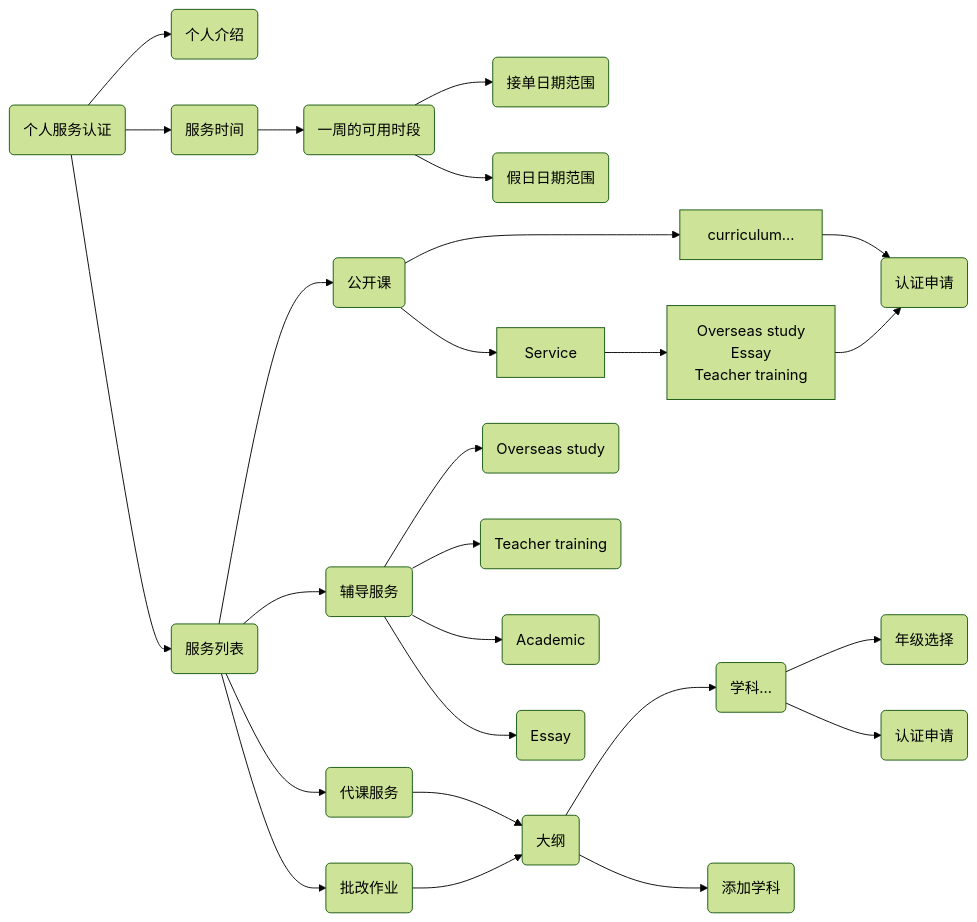
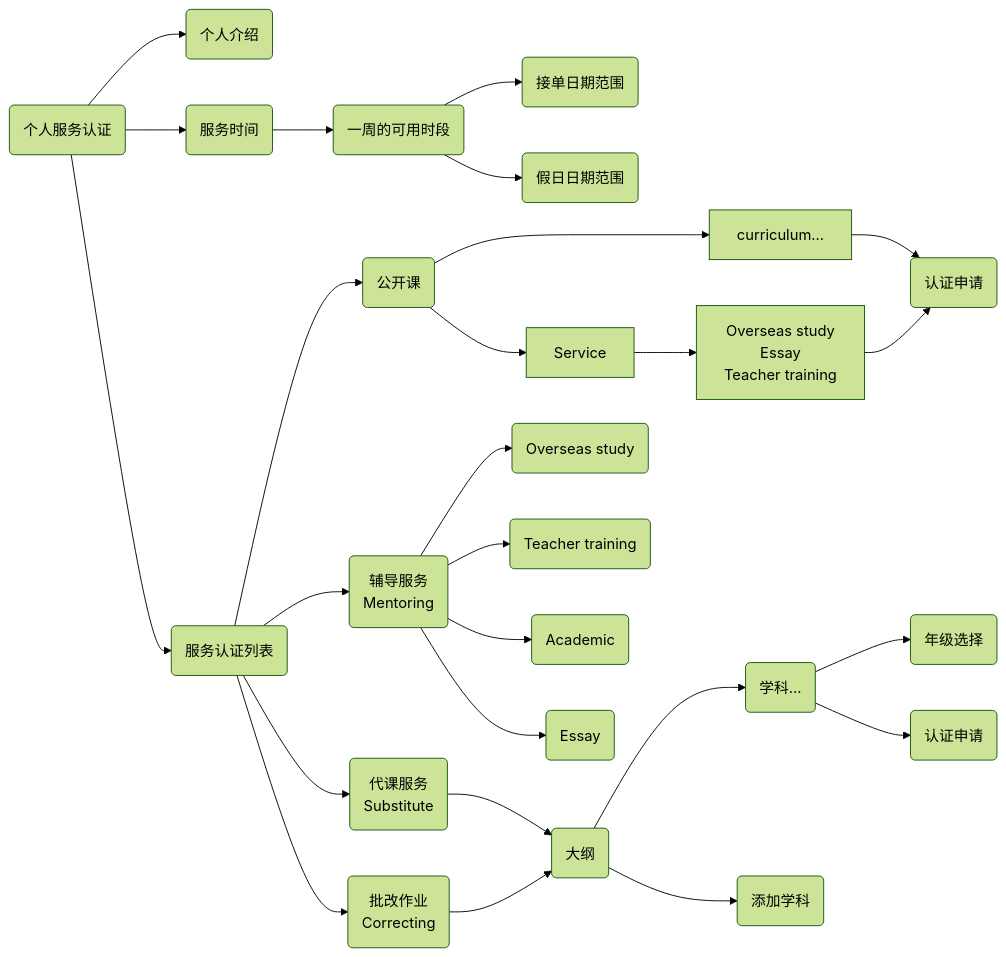
One commit to zran-nz/doc changed the diagram in fio/service.md. Above: the diagram before and after it, drawn with Mermaid (forest theme). The commit also changed other lines of this file, not shown here.

````diff
--- a/fio/service.md
+++ b/fio/service.md
@@ -3,28 +3,28 @@
 ```mermaid
 graph LR
     T(个人服务认证) --> P(个人介绍)
     T --> S(服务时间)
     S --> S1(一周的可用时段)
     S1 --> S2(接单日期范围)
     S1 --> S3(假日日期范围)
-    T --> C(服务列表)
+    T --> C(服务认证列表)
     C --> W(公开课)
     W --> W1[curriculum...]
     W1 --> W11(认证申请)
     W --> W2[Service]
     W2 --> W3[Overseas study<br>Essay<br>Teacher training]
     W3 --> W11(认证申请)
-    C --> C2(批改作业)
-    C --> C3(代课服务)
+    C --> C2(批改作业<br>Correcting)
+    C --> C3(代课服务<br>Substitute)
     C3 --> C20(大纲)
     C2 --> C20(大纲)
     C20 --> C21(学科...)
     C21 --> C212(年级选择)
     C21 --> C211(认证申请)
     C20 --> C22(添加学科)
-    C --> C4(辅导服务)
+    C --> C4(辅导服务<br>Mentoring)
     C4 --> C41(Overseas study)
     C4 --> C42(Teacher training)
     C4 --> C43(Academic)
     C4 --> C44(Essay)
 ```
````
